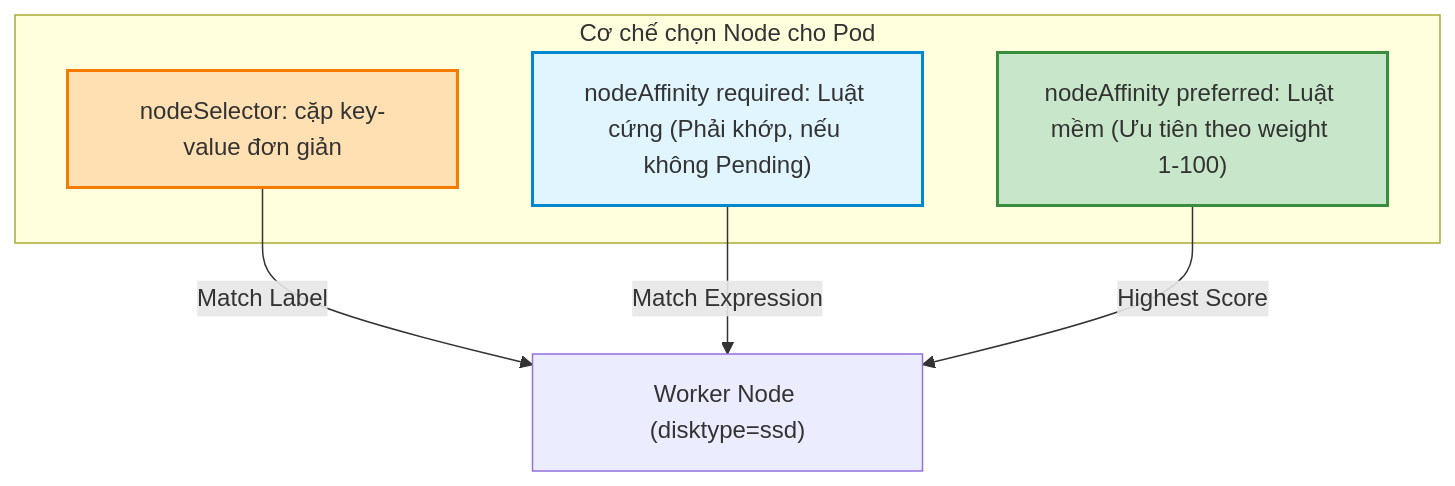
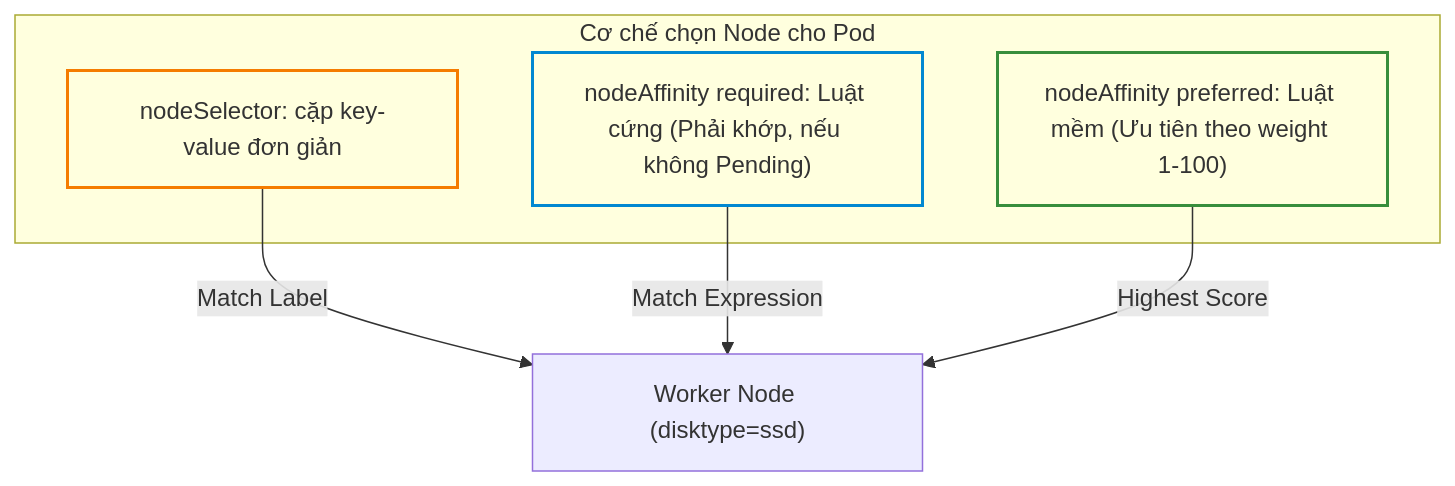
One commit to kiennt308/ntk changed the first of 3 diagrams in _posts/2026-09-12-cka-17-17-scheduler-va-rang-buoc-dat-pod.md. Above: the diagram before and after it, drawn with Mermaid. The commit also changed other lines of this file and 207 other files, not shown here.

Commit message:
feat(posts): batch standardize all 208 posts with TL;DR, qa-card accordion, fill:none mermaid, and liquid raw wrappers

````diff
--- a/_posts/2026-09-12-cka-17-17-scheduler-va-rang-buoc-dat-pod.md
+++ b/_posts/2026-09-12-cka-17-17-scheduler-va-rang-buoc-dat-pod.md
@@ -158,16 +162,16 @@
 ```mermaid
 graph TD
     subgraph Scheduling_Mechanisms ["Cơ chế chọn Node cho Pod"]
         NS["nodeSelector: cặp key-value đơn giản"]
         NA_REQ["nodeAffinity required: Luật cứng (Phải khớp, nếu không Pending)"]
         NA_PREF["nodeAffinity preferred: Luật mềm (Ưu tiên theo weight 1-100)"]
     end
 
     NS -->|Match Label| NODE["Worker Node (disktype=ssd)"]
     NA_REQ -->|Match Expression| NODE
     NA_PREF -->|Highest Score| NODE
 
-    style NS fill:#ffe0b2,stroke:#f57c00,stroke-width:2px
-    style NA_REQ fill:#e1f5fe,stroke:#0288d1,stroke-width:2px
-    style NA_PREF fill:#c8e6c9,stroke:#388e3c,stroke-width:2px
+    style NS fill:none,stroke:#f57c00,stroke-width:2px
+    style NA_REQ fill:none,stroke:#0288d1,stroke-width:2px
+    style NA_PREF fill:none,stroke:#388e3c,stroke-width:2px
 ```
````
